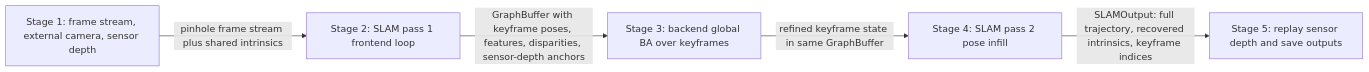
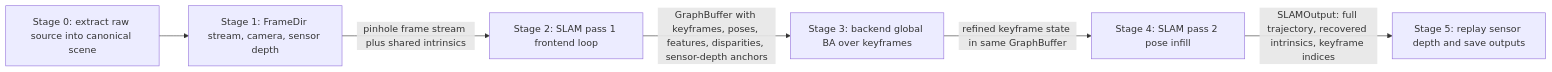
The first of 5 diagrams in fullexplain.md (sadanand1120/vipe), drawn with Mermaid before and after one commit. The commit also changed other lines of this file and 24 other files, not shown here.

Commit message:
Unify data contract and extraction flow

````diff
--- a/fullexplain.md
+++ b/fullexplain.md
@@ -45,7 +47,8 @@
 ```mermaid
 flowchart LR
-    S1[Stage 1: frame stream, external camera, sensor depth] -->|pinhole frame stream plus shared intrinsics| S2[Stage 2: SLAM pass 1 frontend loop]
-    S2 -->|GraphBuffer with keyframe poses, features, disparities, sensor-depth anchors| S3[Stage 3: backend global BA over keyframes]
+    S0[Stage 0: extract raw source into canonical scene] --> S1[Stage 1: FrameDir stream, camera, sensor depth]
+    S1 -->|pinhole frame stream plus shared intrinsics| S2[Stage 2: SLAM pass 1 frontend loop]
+    S2 -->|GraphBuffer with keyframes, poses, features, disparities, sensor-depth anchors| S3[Stage 3: backend global BA over keyframes]
     S3 -->|refined keyframe state in same GraphBuffer| S4[Stage 4: SLAM pass 2 pose infill]
     S4 -->|SLAMOutput: full trajectory, recovered intrinsics, keyframe indices| S5[Stage 5: replay sensor depth and save outputs]
 ```
````
